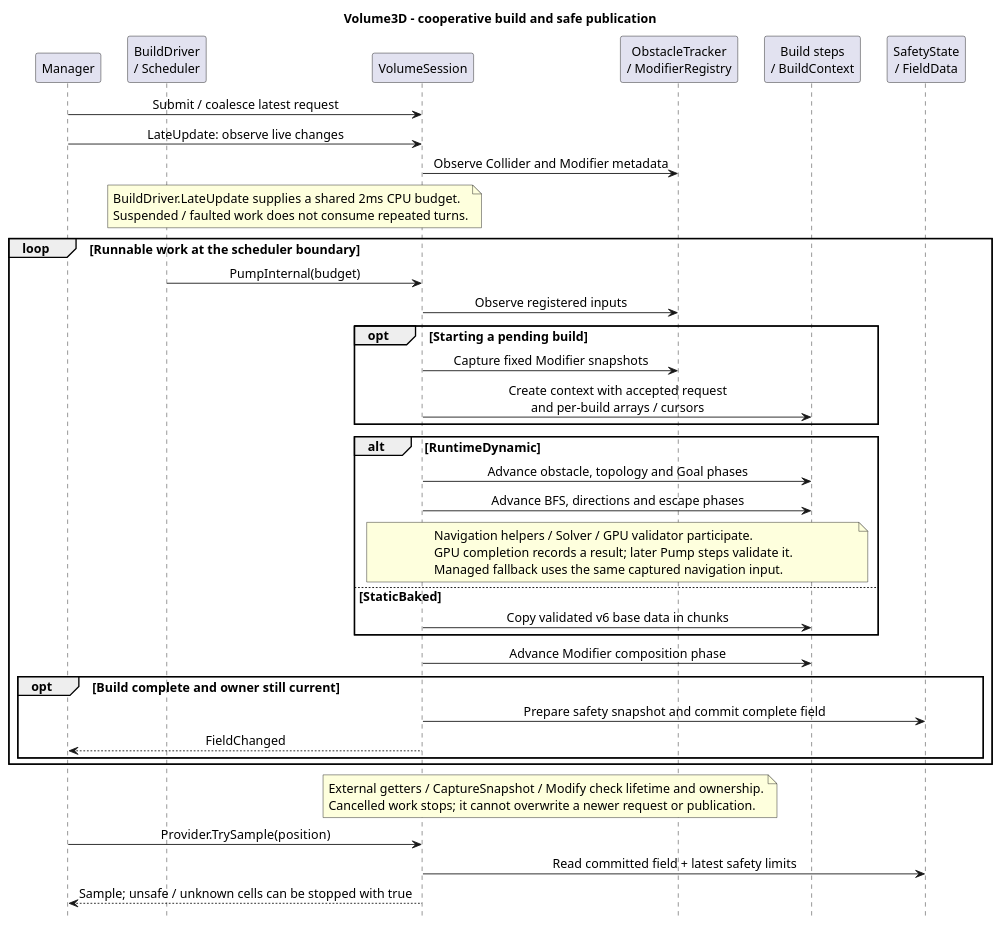
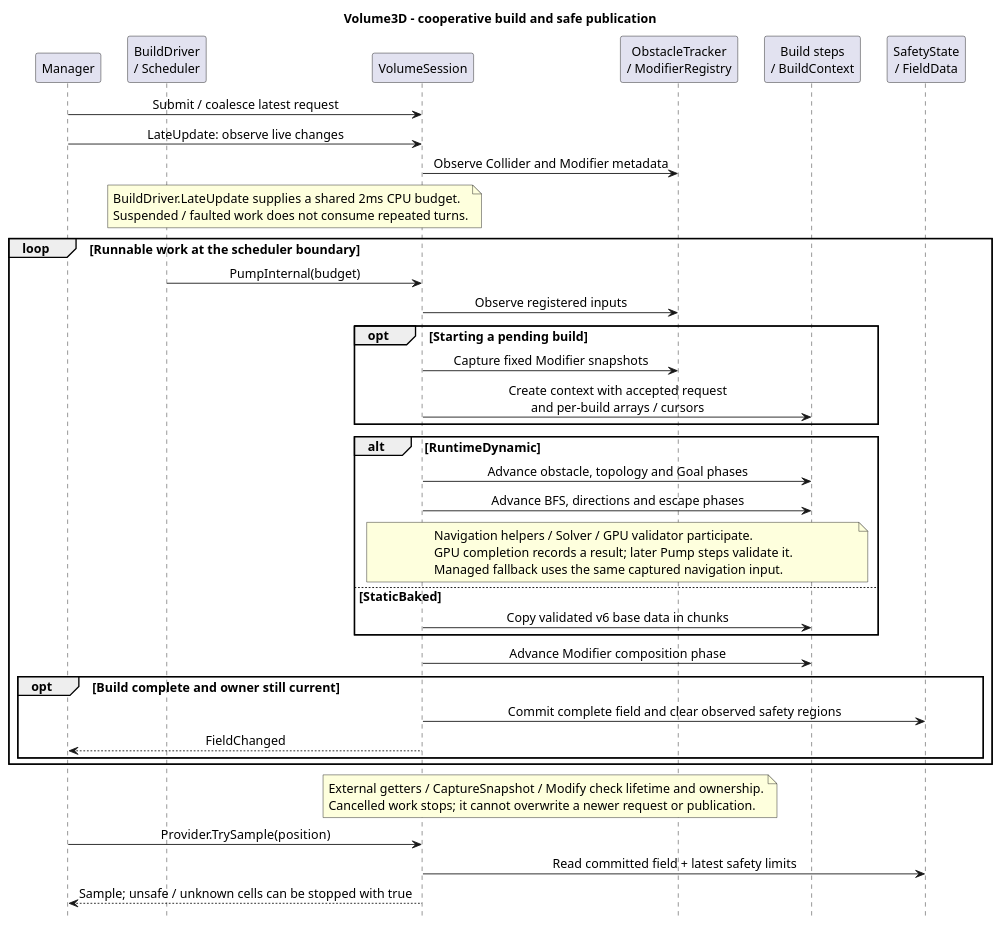
The diagram in ToyProject/Assets/_FlowField/Docs/flowfield-volume.puml (youwonsock/tool-unity-editor), drawn with PlantUML before and after one commit. The commit also changed 5 other files, not shown here.

First line of the commit message:
FlowField 문서: 재조회 수정과 스냅샷 제거 반영

```diff
--- a/ToyProject/Assets/_FlowField/Docs/flowfield-volume.puml
+++ b/ToyProject/Assets/_FlowField/Docs/flowfield-volume.puml
@@ -1,46 +1,46 @@
 @startuml flowfield-volume
 skinparam shadowing false
 skinparam defaultFontName SansSerif
 skinparam defaultFontSize 14
 skinparam sequenceMessageAlign center
 skinparam ParticipantPadding 10
 skinparam BoxPadding 6
 hide footbox
 title Volume3D - cooperative build and safe publication
 
 participant "Manager" as M
 participant "BuildDriver\n/ Scheduler" as Q
 participant "VolumeSession" as S
 participant "ObstacleTracker\n/ ModifierRegistry" as O
 participant "Build steps\n/ BuildContext" as B
 participant "SafetyState\n/ FieldData" as P
 
 M -> S : Submit / coalesce latest request
 M -> S : LateUpdate: observe live changes
 S -> O : Observe Collider and Modifier metadata
 note over Q,S : BuildDriver.LateUpdate supplies a shared 2ms CPU budget.\nSuspended / faulted work does not consume repeated turns.
 loop Runnable work at the scheduler boundary
   Q -> S : PumpInternal(budget)
   S -> O : Observe registered inputs
   opt Starting a pending build
     S -> O : Capture fixed Modifier snapshots
     S -> B : Create context with accepted request\nand per-build arrays / cursors
   end
   alt RuntimeDynamic
     S -> B : Advance obstacle, topology and Goal phases
     S -> B : Advance BFS, directions and escape phases
     note over S,B : Navigation helpers / Solver / GPU validator participate.\nGPU completion records a result; later Pump steps validate it.\nManaged fallback uses the same captured navigation input.
   else StaticBaked
     S -> B : Copy validated v6 base data in chunks
   end
   S -> B : Advance Modifier composition phase
   opt Build complete and owner still current
-    S -> P : Prepare safety snapshot and commit complete field
+    S -> P : Commit complete field and clear observed safety regions
     S --> M : FieldChanged
   end
 end
 note over S,O : External getters / CaptureSnapshot / Modify check lifetime and ownership.\nCancelled work stops; it cannot overwrite a newer request or publication.
 M -> S : Provider.TrySample(position)
 S -> P : Read committed field + latest safety limits
 S --> M : Sample; unsafe / unknown cells can be stopped with true
 @enduml
```
